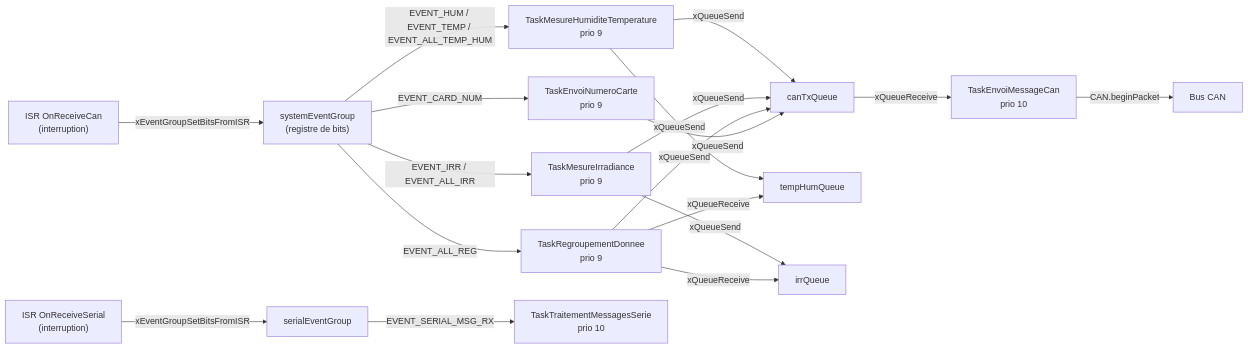
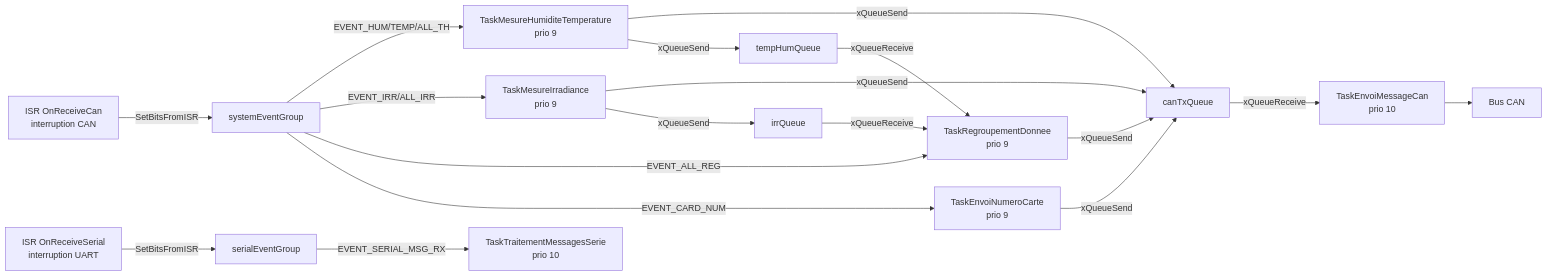
Before and after one commit to baptisteB00/Projet_LAOS: the second of 3 diagrams in README.md, drawn with Mermaid. The commit also changed other lines of this file and 180 other files, not shown here.

First line of the commit message:
correction Mermaid et tableaux : compatibilité GitHub

````diff
--- a/README.md
+++ b/README.md
@@ -91,23 +92,25 @@
 ```mermaid
 graph LR
-    ISR_CAN["ISR OnReceiveCan\n(interruption)"] -->|xEventGroupSetBitsFromISR| EG["systemEventGroup\n(registre de bits)"]
-    ISR_SER["ISR OnReceiveSerial\n(interruption)"] -->|xEventGroupSetBitsFromISR| SEG["serialEventGroup"]
+    ISR_CAN["ISR OnReceiveCan<br/>interruption CAN"]
+    ISR_SER["ISR OnReceiveSerial<br/>interruption UART"]
 
-    EG -->|EVENT_HUM / EVENT_TEMP / EVENT_ALL_TEMP_HUM| TH["TaskMesureHumiditeTemperature\nprio 9"]
-    EG -->|EVENT_IRR / EVENT_ALL_IRR| TI["TaskMesureIrradiance\nprio 9"]
-    EG -->|EVENT_ALL_REG| TR["TaskRegroupementDonnee\nprio 9"]
-    EG -->|EVENT_CARD_NUM| TN["TaskEnvoiNumeroCarte\nprio 9"]
-    SEG -->|EVENT_SERIAL_MSG_RX| TS["TaskTraitementMessagesSerie\nprio 10"]
+    ISR_CAN -->|SetBitsFromISR| EG["systemEventGroup"]
+    ISR_SER -->|SetBitsFromISR| SEG["serialEventGroup"]
+
+    EG -->|EVENT_HUM/TEMP/ALL_TH| TH["TaskMesureHumiditeTemperature<br/>prio 9"]
+    EG -->|EVENT_IRR/ALL_IRR| TI["TaskMesureIrradiance<br/>prio 9"]
+    EG -->|EVENT_ALL_REG| TR["TaskRegroupementDonnee<br/>prio 9"]
+    EG -->|EVENT_CARD_NUM| TN["TaskEnvoiNumeroCarte<br/>prio 9"]
+    SEG -->|EVENT_SERIAL_MSG_RX| TS["TaskTraitementMessagesSerie<br/>prio 10"]
 
     TH -->|xQueueSend| TQ["canTxQueue"]
     TH -->|xQueueSend| THQ["tempHumQueue"]
     TI -->|xQueueSend| TQ
     TI -->|xQueueSend| IQ["irrQueue"]
-    TR -->|xQueueReceive| THQ
-    TR -->|xQueueReceive| IQ
+    THQ -->|xQueueReceive| TR
+    IQ -->|xQueueReceive| TR
     TR -->|xQueueSend| TQ
     TN -->|xQueueSend| TQ
-
-    TQ -->|xQueueReceive| TX["TaskEnvoiMessageCan\nprio 10"]
-    TX -->|CAN.beginPacket| CAN_BUS["Bus CAN"]
+    TQ -->|xQueueReceive| TX["TaskEnvoiMessageCan<br/>prio 10"]
+    TX --> BUS["Bus CAN"]
 ```
````
